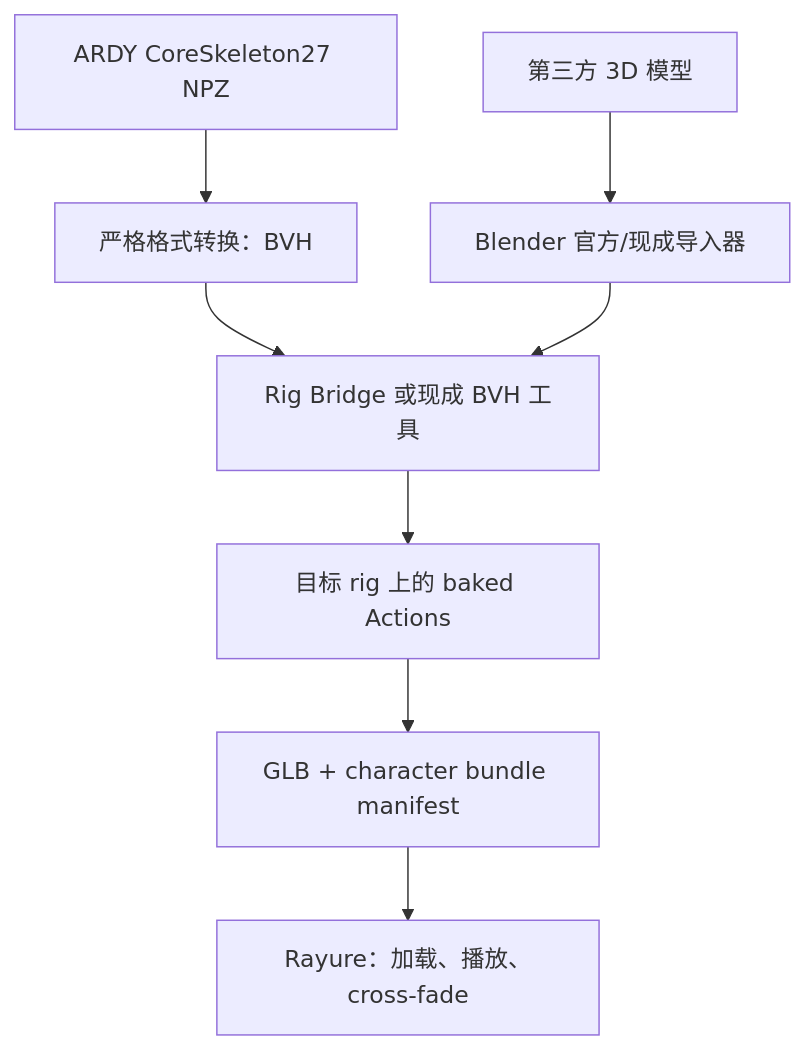
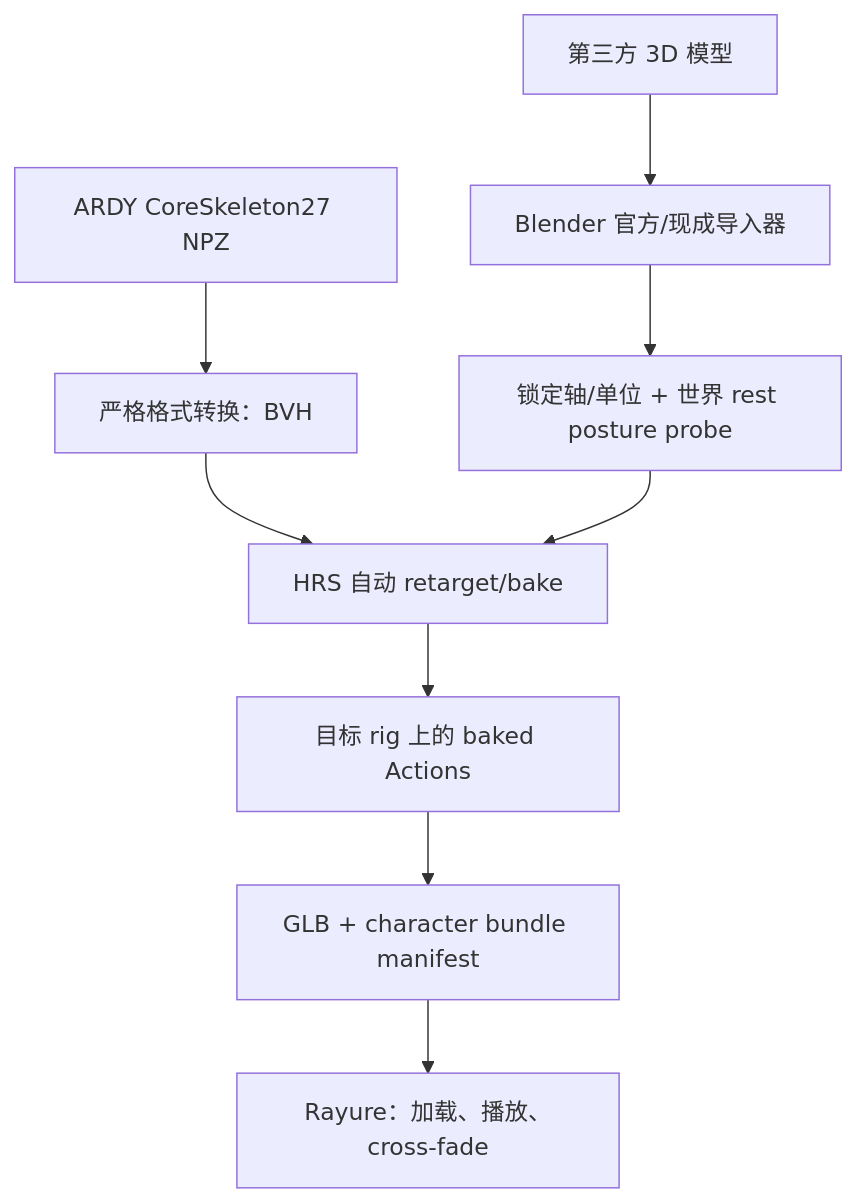
Before and after one commit to ApolloEddy/Rayure: the diagram in docs/Rayure_RigBridge_BVH_BakedMotion_Development_Spec.md, drawn with Mermaid. The commit also changed other lines of this file and 4 other files, not shown here.

````diff
--- a/docs/Rayure_RigBridge_BVH_BakedMotion_Development_Spec.md
+++ b/docs/Rayure_RigBridge_BVH_BakedMotion_Development_Spec.md
@@ -147,10 +200,11 @@
 ```mermaid
 flowchart TD
     A["ARDY CoreSkeleton27 NPZ"] --> B["严格格式转换：BVH"]
     C["第三方 3D 模型"] --> D["Blender 官方/现成导入器"]
-    B --> E["Rig Bridge 或现成 BVH 工具"]
-    D --> E
+    D --> P["锁定轴/单位 + 世界 rest posture probe"]
+    B --> E["HRS 自动 retarget/bake"]
+    P --> E
     E --> F["目标 rig 上的 baked Actions"]
     F --> G["GLB + character bundle manifest"]
     G --> H["Rayure：加载、播放、cross-fade"]
 ```
````
